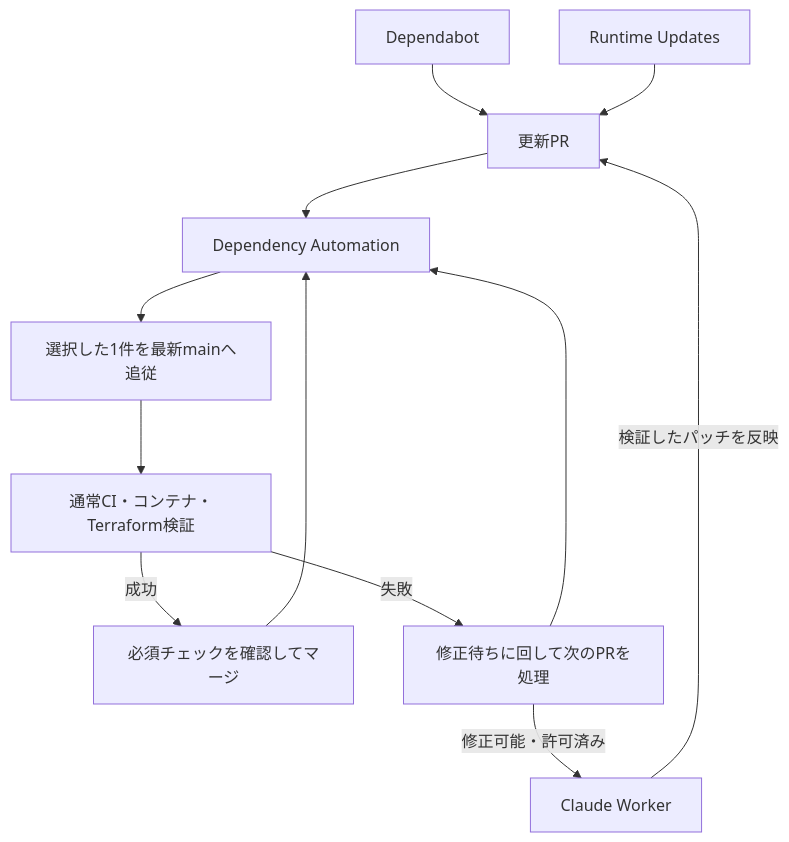
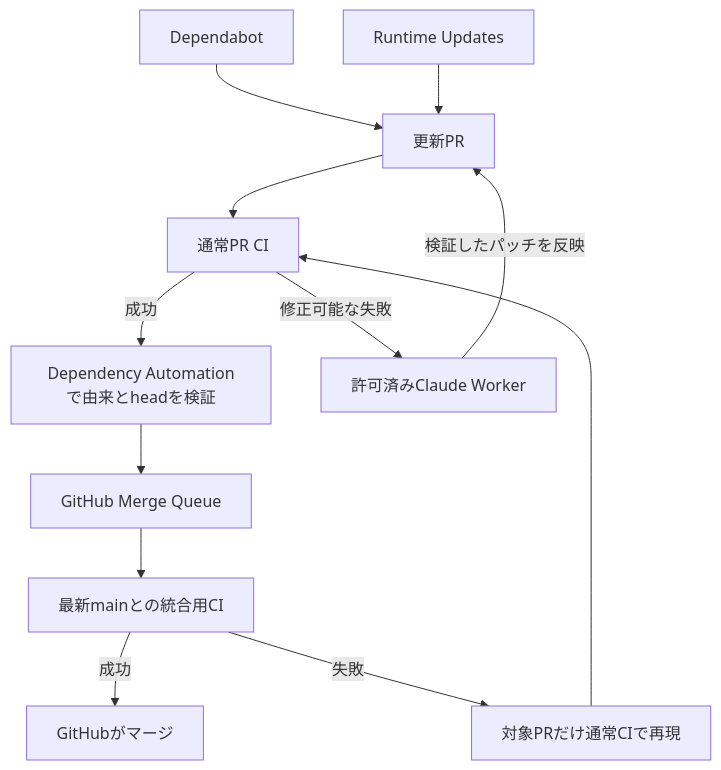
One commit to yukiharada1228/videoq changed the diagram in .github/dependency-automation.md. Above: the diagram before and after it, drawn with Mermaid. The commit also changed other lines of this file and 16 other files, not shown here.

Commit message:
Retire the custom dependency queue and redundant admission jobs

````diff
--- a/.github/dependency-automation.md
+++ b/.github/dependency-automation.md
@@ -14,14 +13,14 @@
 ```mermaid
 flowchart TD
   D[Dependabot] --> P[更新PR]
   R[Runtime Updates] --> P
-  P --> C[Dependency Automation]
-  C --> S[選択した1件を最新mainへ追従]
-  S --> V[通常CI・コンテナ・Terraform検証]
-  V -->|成功| M[必須チェックを確認してマージ]
-  M --> C
-  V -->|失敗| W[修正待ちに回して次のPRを処理]
-  W --> C
-  W -->|修正可能・許可済み| A[Claude Worker]
+  P --> V[通常PR CI]
+  V -->|成功| C[Dependency Automationで由来とheadを検証]
+  C --> Q[GitHub Merge Queue]
+  Q --> G[最新mainとの統合用CI]
+  G -->|成功| M[GitHubがマージ]
+  G -->|失敗| F[対象PRだけ通常CIで再現]
+  F --> V
+  V -->|修正可能な失敗| A[許可済みClaude Worker]
   A -->|検証したパッチを反映| P
 ```
````
